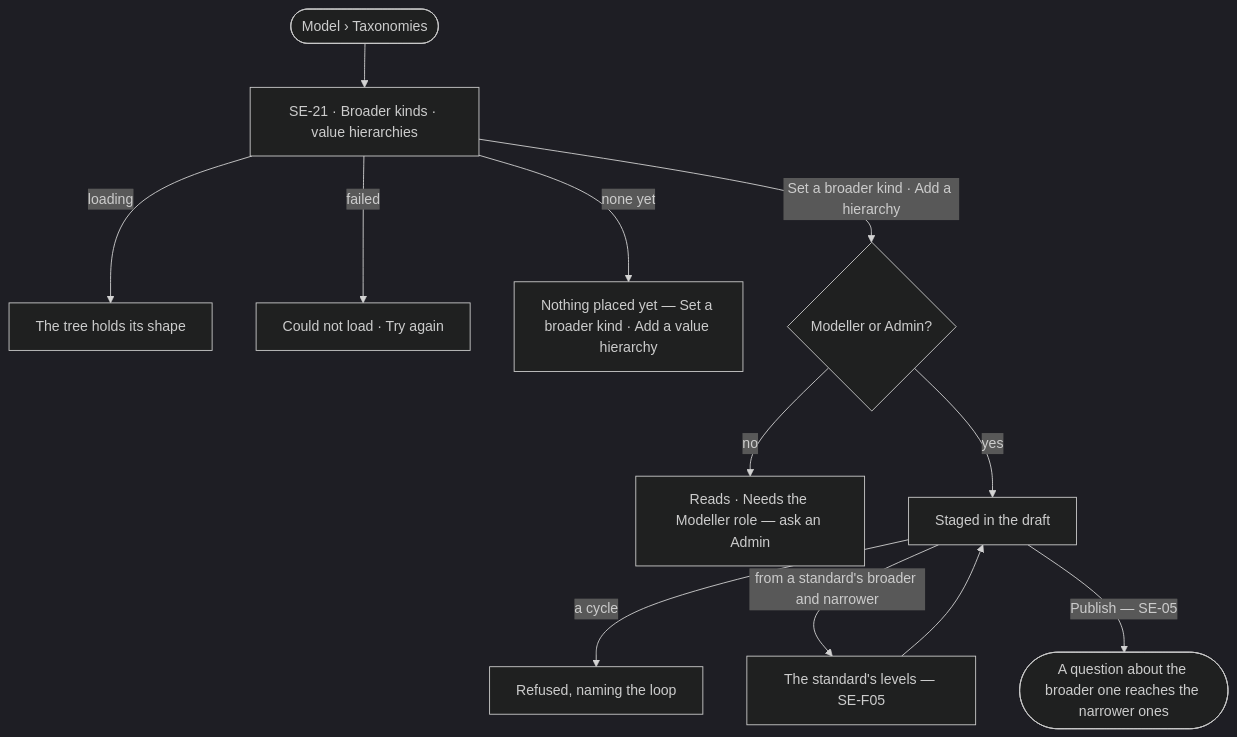
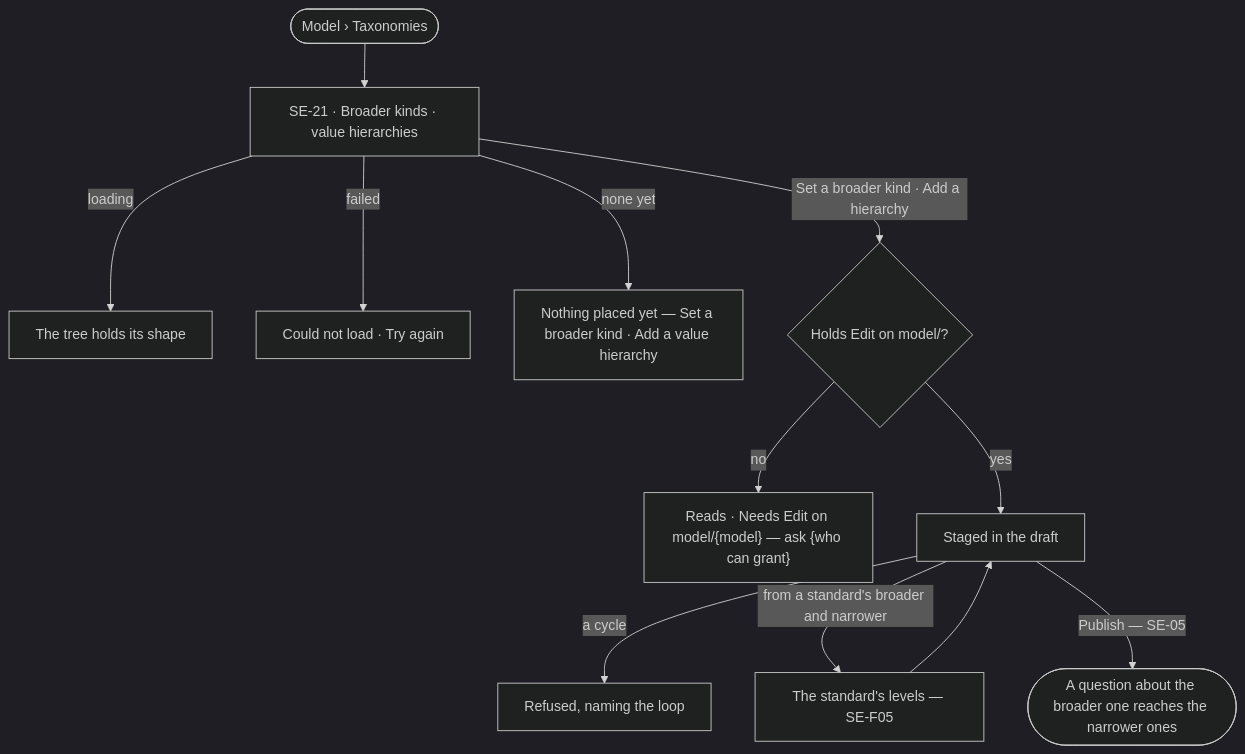
One commit to invana/invana changed the diagram in specs/capabilities/semantics/features/SE-F04-taxonomies/feature.md. Above: the diagram before and after it, drawn with Mermaid (dark theme). The commit also changed other lines of this file and 228 other files, not shown here.

````diff
--- a/specs/capabilities/semantics/features/SE-F04-taxonomies/feature.md
+++ b/specs/capabilities/semantics/features/SE-F04-taxonomies/feature.md
@@ -23,13 +23,13 @@
 ```mermaid
 flowchart TD
   start([Model › Taxonomies]) --> t["SE-21 · Broader kinds · value hierarchies"]
   t -->|loading| ld["The tree holds its shape"]
   t -->|failed| fl["Could not load · Try again"]
   t -->|none yet| e["Nothing placed yet — Set a broader kind · Add a value hierarchy"]
-  t -->|Set a broader kind · Add a hierarchy| may{Modeller or Admin?}
-  may -->|no| na["Reads · Needs the Modeller role — ask an Admin"]
+  t -->|Set a broader kind · Add a hierarchy| may{"Holds Edit on model/<model>?"}
+  may -->|no| na["Reads · Needs Edit on model/{model} — ask {who can grant}"]
   may -->|yes| d["Staged in the draft"]
   d -->|a cycle| cy["Refused, naming the loop"]
   d -->|from a standard's broader and narrower| std["The standard's levels — SE-F05"] --> d
   d -->|Publish — SE-05| pub(["A question about the broader one reaches the narrower ones"])
 ```
````
